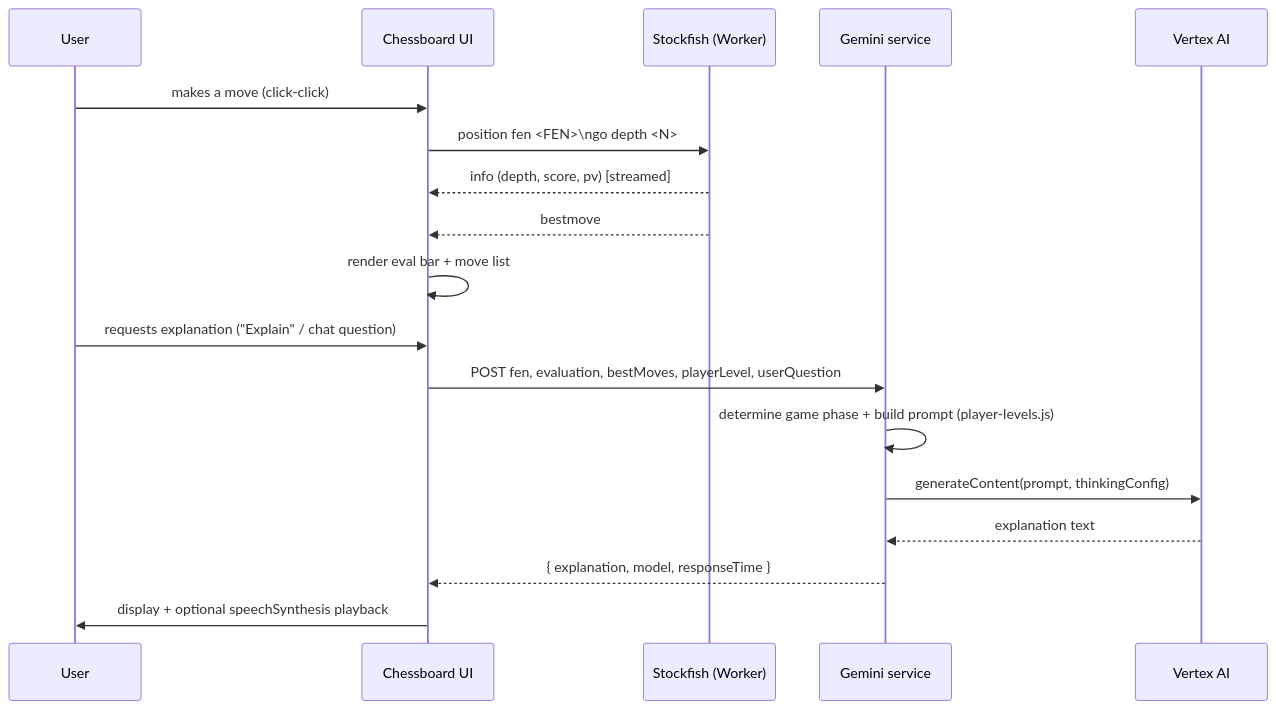
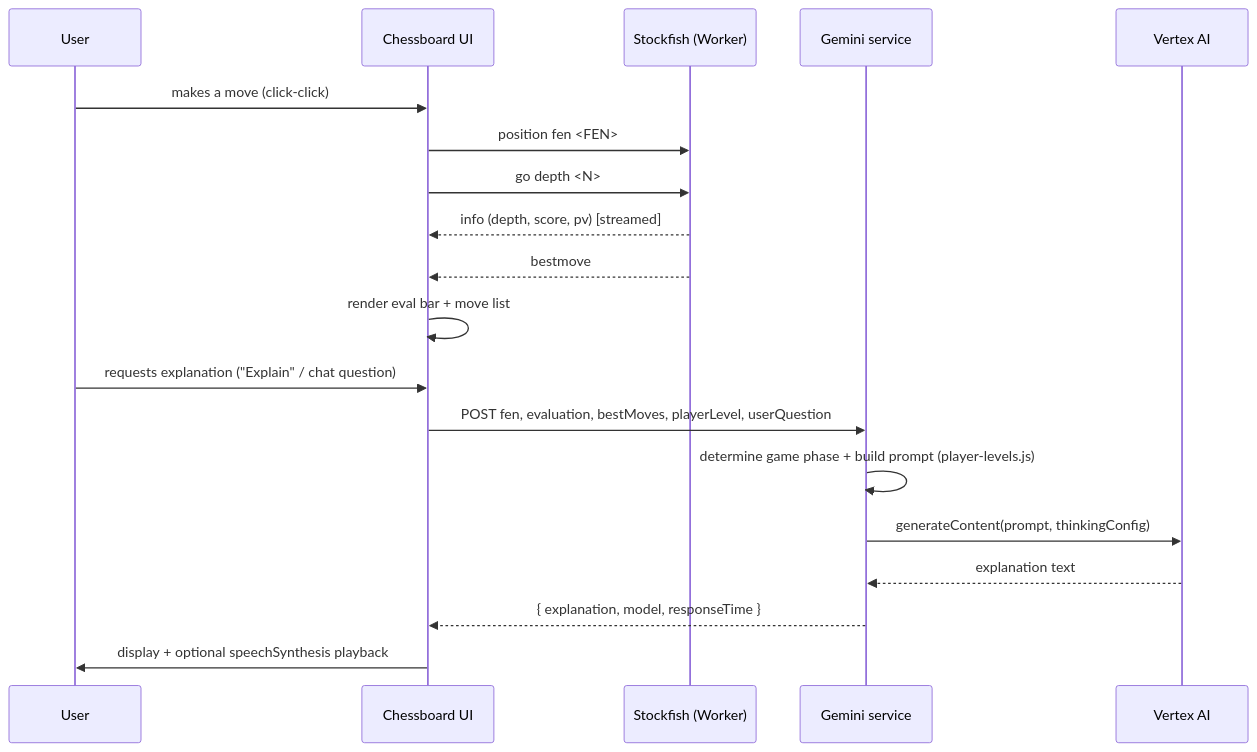
Before and after one commit to V-prajit/Enpassant: the second of 2 diagrams in README.md, drawn with Mermaid. The commit also changed other lines of this file, not shown here.

First line of the commit message:
docs: fix reviewer-flagged README issues (Deep Think claim, em dashes, diagram)

````diff
--- a/README.md
+++ b/README.md
@@ -55,21 +55,22 @@
 ```mermaid
 sequenceDiagram
     participant User
     participant Board as Chessboard UI
     participant Worker as Stockfish (Worker)
     participant API as Gemini service
     participant Vertex as Vertex AI
 
     User->>Board: makes a move (click-click)
-    Board->>Worker: position fen <FEN>\ngo depth <N>
+    Board->>Worker: position fen <FEN>
+    Board->>Worker: go depth <N>
     Worker-->>Board: info (depth, score, pv) [streamed]
     Worker-->>Board: bestmove
     Board->>Board: render eval bar + move list
     User->>Board: requests explanation ("Explain" / chat question)
     Board->>API: POST fen, evaluation, bestMoves, playerLevel, userQuestion
     API->>API: determine game phase + build prompt (player-levels.js)
     API->>Vertex: generateContent(prompt, thinkingConfig)
     Vertex-->>API: explanation text
     API-->>Board: { explanation, model, responseTime }
     Board->>User: display + optional speechSynthesis playback
 ```
````
